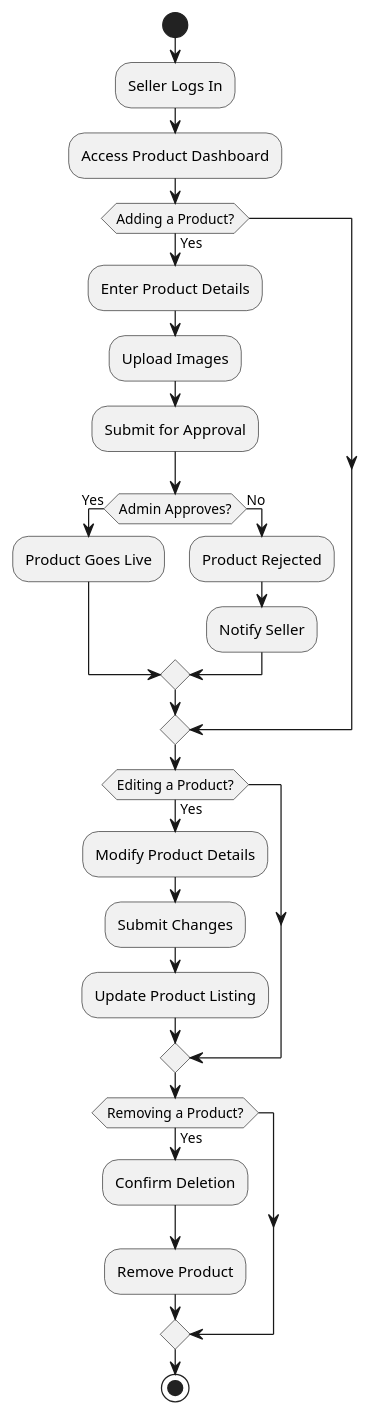
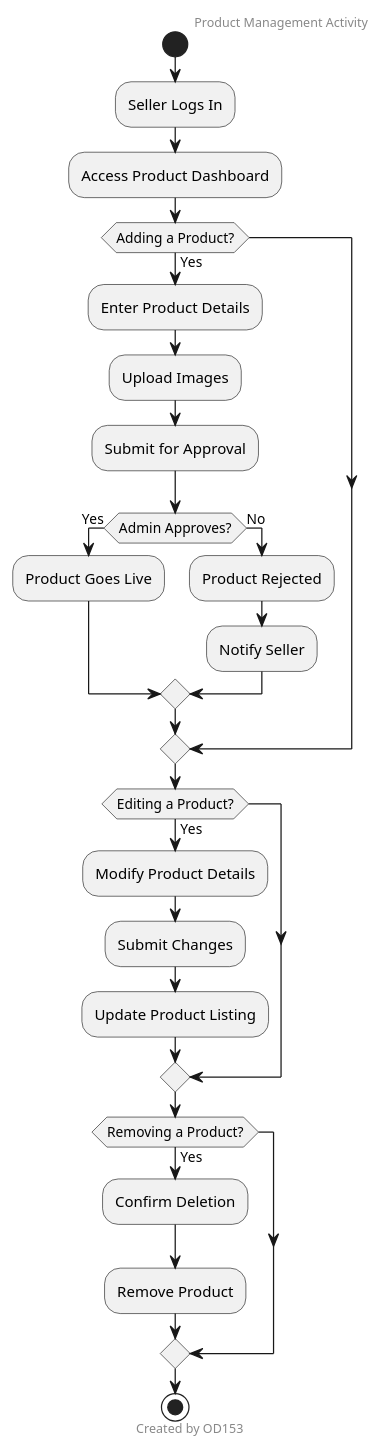
The diagram in uml/activity/product-mgt-activity.puml (donassis/e-commerce), drawn with PlantUML before and after one commit. The commit also changed 91 other files, not shown here.

Commit message:
updated diagrams with headers and footers

```diff
--- a/uml/activity/product-mgt-activity.puml
+++ b/uml/activity/product-mgt-activity.puml
@@ -1,26 +1,28 @@
 @startuml
+header Product Management Activity
+footer Created by OD153
 start
 :Seller Logs In;
 :Access Product Dashboard;
 if (Adding a Product?) then (Yes)
     :Enter Product Details;
     :Upload Images;
     :Submit for Approval;
     if (Admin Approves?) then (Yes)
         :Product Goes Live;
     else (No)
         :Product Rejected;
         :Notify Seller;
     endif
 endif
 if (Editing a Product?) then (Yes)
     :Modify Product Details;
     :Submit Changes;
     :Update Product Listing;
 endif
 if (Removing a Product?) then (Yes)
     :Confirm Deletion;
     :Remove Product;
 endif
 stop
 @enduml
```
